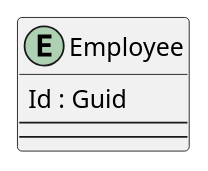
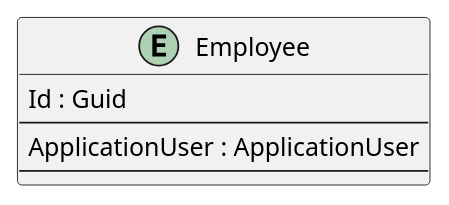
One commit to intrepion/intrepion_employee-managers_csharp changed the diagram in .docs/Sco.SarTool.pu. Above: the diagram before and after it, drawn with PlantUML.

```diff
--- a/.docs/Sco.SarTool.pu
+++ b/.docs/Sco.SarTool.pu
@@ -1,15 +1,16 @@
 @startuml
 
 entity Employee {
     Id : Guid
     --
+    ApplicationUser : ApplicationUser
     ' EmployeeKeyCodePlaceholder
     --
     ' EmployeePropertyCodePlaceholder
 }
 
 ' EntityCodePlaceholder
 
 ' RelationshipCodePlaceholder
 
 @enduml
```
